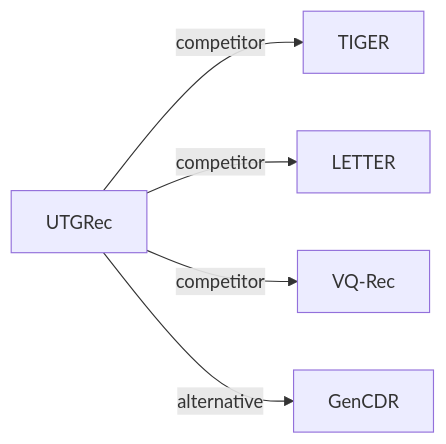
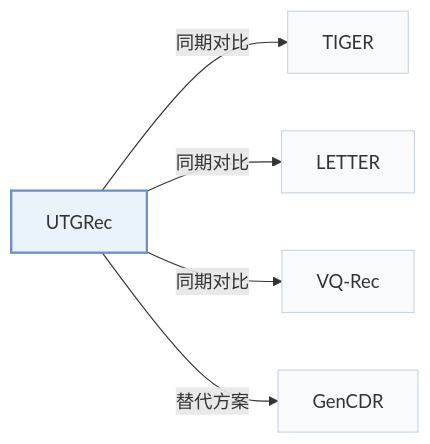
One commit to Galaxy-ghost/Awesome-SID-Generative-Rec changed the second of 2 diagrams in pages/zh/papers/utgrec.md. Above: the diagram before and after it, drawn with Mermaid. The commit also changed other lines of this file and 649 other files, not shown here.

Commit message:
writer-05: also tags and modality index (schema, check, build, visuals); summary field removed; calibration data for 12 papers

````diff
--- a/pages/zh/papers/utgrec.md
+++ b/pages/zh/papers/utgrec.md
@@ -67,8 +74,12 @@
 ```mermaid
 flowchart LR
     P["UTGRec"]
-    P -->|competitor| A["TIGER"]
-    P -->|competitor| B["LETTER"]
-    P -->|competitor| C["VQ-Rec"]
-    P -->|alternative| D["GenCDR"]
+    P -->|"同期对比"| A["TIGER"]
+    P -->|"同期对比"| B["LETTER"]
+    P -->|"同期对比"| C["VQ-Rec"]
+    P -->|"替代方案"| D["GenCDR"]
+    classDef main fill:#eaf2fb,stroke:#6b8fc7,stroke-width:2px
+    classDef peer fill:#f8fafc,stroke:#cbd5e1
+    class P main
+    class A,B,C,D peer
 ```
````
